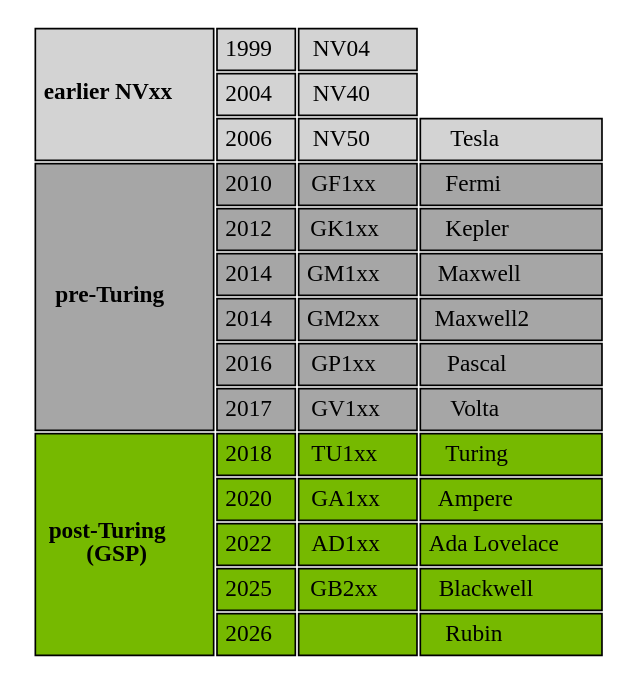
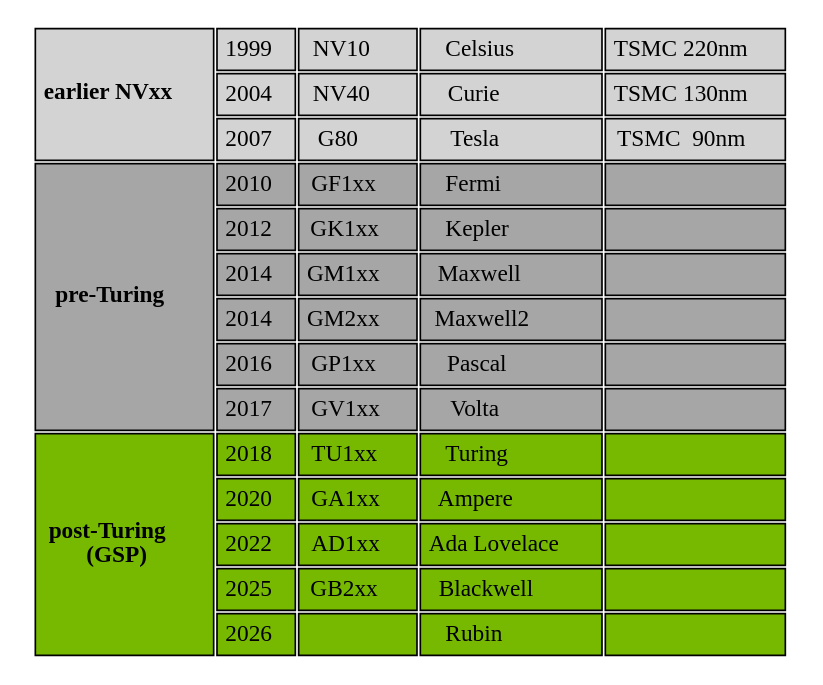
The diagram in source/images/nouveau/nvidia-gpu-generation.dot (lucmann/lucmann.github.io), drawn with Graphviz before and after one commit. The commit also changed 1 other file, not shown here.

```diff
--- a/source/images/nouveau/nvidia-gpu-generation.dot
+++ b/source/images/nouveau/nvidia-gpu-generation.dot
@@ -1,23 +1,23 @@
 digraph nvidia_gpus {
     rankdir=TB;
     node [shape=plaintext]
     
     gpus [label=<
         <table BORDER="0" CELLBORDER="1" CELLSPACING="2" CELLPADDING="4">
-            <tr><td ROWSPAN="3" BGCOLOR="#d3d3d3"><b>earlier NVxx</b></td>          <td BGCOLOR="#d3d3d3">1999</td><td BGCOLOR="#d3d3d3">NV04   </td>                                        </tr>
-            <tr>                                                                    <td BGCOLOR="#d3d3d3">2004</td><td BGCOLOR="#d3d3d3">NV40   </td>                                        </tr>
-            <tr>                                                                    <td BGCOLOR="#d3d3d3">2006</td><td BGCOLOR="#d3d3d3">NV50   </td><td BGCOLOR="#d3d3d3">Tesla        </td></tr>
-            <tr><td ROWSPAN="6" BGCOLOR="#a6a6a6"><b>pre-Turing</b></td>            <td BGCOLOR="#a6a6a6">2010</td><td BGCOLOR="#a6a6a6">GF1xx  </td><td BGCOLOR="#a6a6a6">Fermi        </td></tr>
-            <tr>                                                                    <td BGCOLOR="#a6a6a6">2012</td><td BGCOLOR="#a6a6a6">GK1xx  </td><td BGCOLOR="#a6a6a6">Kepler       </td></tr>
-            <tr>                                                                    <td BGCOLOR="#a6a6a6">2014</td><td BGCOLOR="#a6a6a6">GM1xx  </td><td BGCOLOR="#a6a6a6">Maxwell      </td></tr>
-            <tr>                                                                    <td BGCOLOR="#a6a6a6">2014</td><td BGCOLOR="#a6a6a6">GM2xx  </td><td BGCOLOR="#a6a6a6">Maxwell2     </td></tr>
-            <tr>                                                                    <td BGCOLOR="#a6a6a6">2016</td><td BGCOLOR="#a6a6a6">GP1xx  </td><td BGCOLOR="#a6a6a6">Pascal       </td></tr>
-            <tr>                                                                    <td BGCOLOR="#a6a6a6">2017</td><td BGCOLOR="#a6a6a6">GV1xx  </td><td BGCOLOR="#a6a6a6">Volta        </td></tr>
-            <tr><td ROWSPAN="5" BGCOLOR="#76b900"><b>post-Turing<br/>(GSP)</b></td> <td BGCOLOR="#76b900">2018</td><td BGCOLOR="#76b900">TU1xx  </td><td BGCOLOR="#76b900">Turing       </td></tr>
-            <tr>                                                                    <td BGCOLOR="#76b900">2020</td><td BGCOLOR="#76b900">GA1xx  </td><td BGCOLOR="#76b900">Ampere       </td></tr>
-            <tr>                                                                    <td BGCOLOR="#76b900">2022</td><td BGCOLOR="#76b900">AD1xx  </td><td BGCOLOR="#76b900">Ada Lovelace </td></tr>
-            <tr>                                                                    <td BGCOLOR="#76b900">2025</td><td BGCOLOR="#76b900">GB2xx  </td><td BGCOLOR="#76b900">Blackwell    </td></tr>
-            <tr>                                                                    <td BGCOLOR="#76b900">2026</td><td BGCOLOR="#76b900">       </td><td BGCOLOR="#76b900">Rubin        </td></tr>
+            <tr><td ROWSPAN="3" BGCOLOR="#d3d3d3"><b>earlier NVxx</b></td>          <td BGCOLOR="#d3d3d3">1999</td><td BGCOLOR="#d3d3d3">NV10   </td><td BGCOLOR="#d3d3d3">Celsius      </td><td BGCOLOR="#d3d3d3">TSMC 220nm</td></tr>
+            <tr>                                                                    <td BGCOLOR="#d3d3d3">2004</td><td BGCOLOR="#d3d3d3">NV40   </td><td BGCOLOR="#d3d3d3">Curie        </td><td BGCOLOR="#d3d3d3">TSMC 130nm</td></tr>
+            <tr>                                                                    <td BGCOLOR="#d3d3d3">2007</td><td BGCOLOR="#d3d3d3">G80    </td><td BGCOLOR="#d3d3d3">Tesla        </td><td BGCOLOR="#d3d3d3">TSMC  90nm</td></tr>
+            <tr><td ROWSPAN="6" BGCOLOR="#a6a6a6"><b>pre-Turing</b></td>            <td BGCOLOR="#a6a6a6">2010</td><td BGCOLOR="#a6a6a6">GF1xx  </td><td BGCOLOR="#a6a6a6">Fermi        </td><td BGCOLOR="#a6a6a6">          </td></tr>
+            <tr>                                                                    <td BGCOLOR="#a6a6a6">2012</td><td BGCOLOR="#a6a6a6">GK1xx  </td><td BGCOLOR="#a6a6a6">Kepler       </td><td BGCOLOR="#a6a6a6">          </td></tr>
+            <tr>                                                                    <td BGCOLOR="#a6a6a6">2014</td><td BGCOLOR="#a6a6a6">GM1xx  </td><td BGCOLOR="#a6a6a6">Maxwell      </td><td BGCOLOR="#a6a6a6">          </td></tr>
+            <tr>                                                                    <td BGCOLOR="#a6a6a6">2014</td><td BGCOLOR="#a6a6a6">GM2xx  </td><td BGCOLOR="#a6a6a6">Maxwell2     </td><td BGCOLOR="#a6a6a6">          </td></tr>
+            <tr>                                                                    <td BGCOLOR="#a6a6a6">2016</td><td BGCOLOR="#a6a6a6">GP1xx  </td><td BGCOLOR="#a6a6a6">Pascal       </td><td BGCOLOR="#a6a6a6">          </td></tr>
+            <tr>                                                                    <td BGCOLOR="#a6a6a6">2017</td><td BGCOLOR="#a6a6a6">GV1xx  </td><td BGCOLOR="#a6a6a6">Volta        </td><td BGCOLOR="#a6a6a6">          </td></tr>
+            <tr><td ROWSPAN="5" BGCOLOR="#76b900"><b>post-Turing<br/>(GSP)</b></td> <td BGCOLOR="#76b900">2018</td><td BGCOLOR="#76b900">TU1xx  </td><td BGCOLOR="#76b900">Turing       </td><td BGCOLOR="#76b900">          </td></tr>
+            <tr>                                                                    <td BGCOLOR="#76b900">2020</td><td BGCOLOR="#76b900">GA1xx  </td><td BGCOLOR="#76b900">Ampere       </td><td BGCOLOR="#76b900">          </td></tr>
+            <tr>                                                                    <td BGCOLOR="#76b900">2022</td><td BGCOLOR="#76b900">AD1xx  </td><td BGCOLOR="#76b900">Ada Lovelace </td><td BGCOLOR="#76b900">          </td></tr>
+            <tr>                                                                    <td BGCOLOR="#76b900">2025</td><td BGCOLOR="#76b900">GB2xx  </td><td BGCOLOR="#76b900">Blackwell    </td><td BGCOLOR="#76b900">          </td></tr>
+            <tr>                                                                    <td BGCOLOR="#76b900">2026</td><td BGCOLOR="#76b900">       </td><td BGCOLOR="#76b900">Rubin        </td><td BGCOLOR="#76b900">          </td></tr>
         </table>
     >]
 }
```
